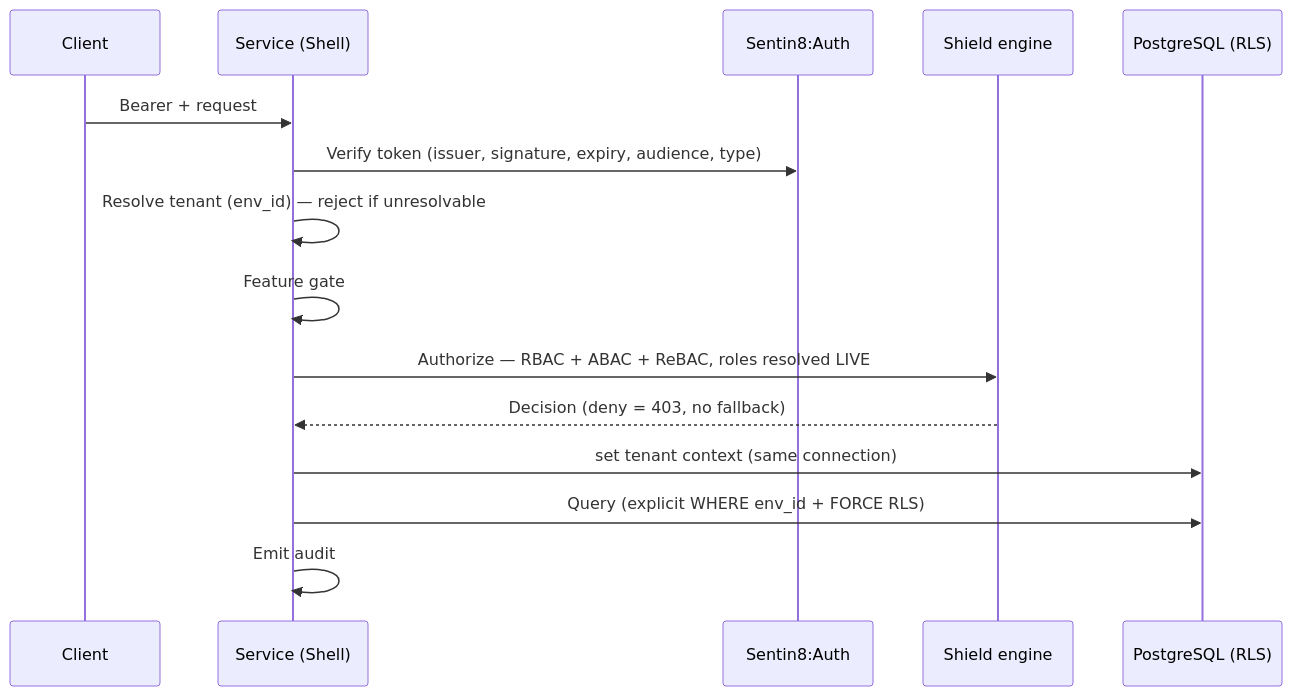
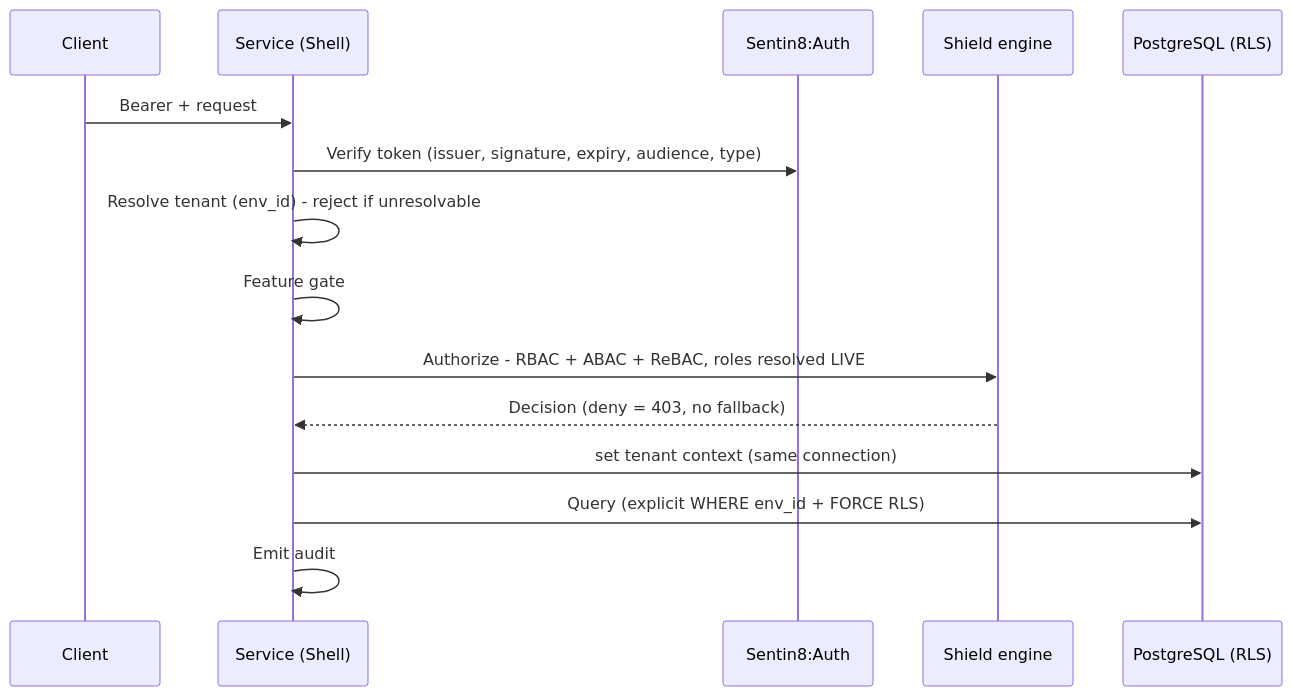
Before and after one commit to Sentin8/sentin8-site: the second of 2 diagrams in docs/security/index.md, drawn with Mermaid. The commit also changed other lines of this file and 105 other files, not shown here.

````diff
--- a/docs/security/index.md
+++ b/docs/security/index.md
@@ -84,18 +84,18 @@
 ```mermaid
 sequenceDiagram
     participant C as Client
     participant S as Service (Shell)
     participant A as Sentin8:Auth
     participant SH as Shield engine
     participant DB as PostgreSQL (RLS)
 
     C->>S: Bearer + request
     S->>A: Verify token (issuer, signature, expiry, audience, type)
-    S->>S: Resolve tenant (env_id) — reject if unresolvable
+    S->>S: Resolve tenant (env_id) - reject if unresolvable
     S->>S: Feature gate
-    S->>SH: Authorize — RBAC + ABAC + ReBAC, roles resolved LIVE
+    S->>SH: Authorize - RBAC + ABAC + ReBAC, roles resolved LIVE
     SH-->>S: Decision (deny = 403, no fallback)
     S->>DB: set tenant context (same connection)
     S->>DB: Query (explicit WHERE env_id + FORCE RLS)
     S->>S: Emit audit
 ```
````
